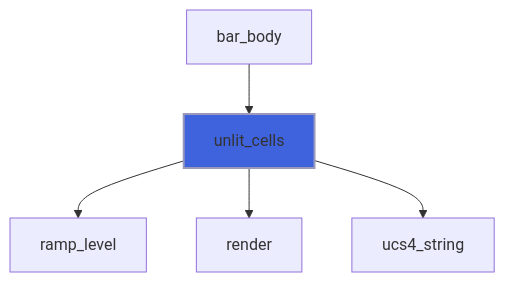
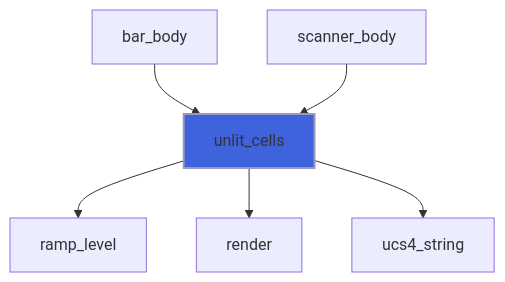
One commit to szaghi/forbear changed diagram 29 of 44 in docs/api/src/lib/forbear_bar_object.md. Above: the diagram before and after it, drawn with Mermaid. The commit also changed other lines of this file and 18 other files, not shown here.

````diff
--- a/docs/api/src/lib/forbear_bar_object.md
+++ b/docs/api/src/lib/forbear_bar_object.md
@@ -974,8 +1038,9 @@
 ```mermaid
 flowchart TD
   bar_body["bar_body"] --> unlit_cells["unlit_cells"]
+  scanner_body["scanner_body"] --> unlit_cells["unlit_cells"]
   unlit_cells["unlit_cells"] --> ramp_level["ramp_level"]
   unlit_cells["unlit_cells"] --> render["render"]
   unlit_cells["unlit_cells"] --> ucs4_string["ucs4_string"]
   style unlit_cells fill:#3e63dd,stroke:#99b,stroke-width:2px
 ```
````
